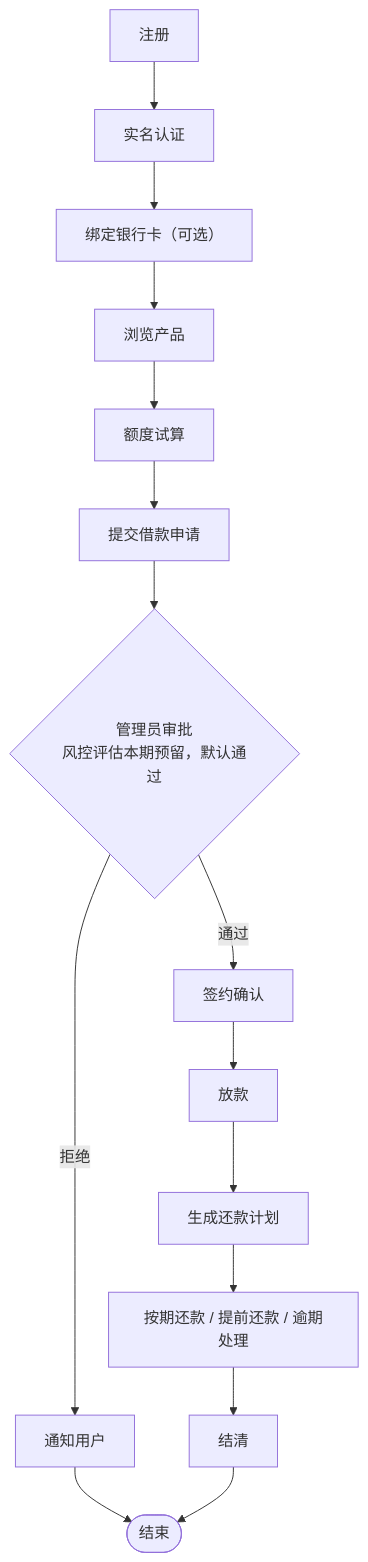
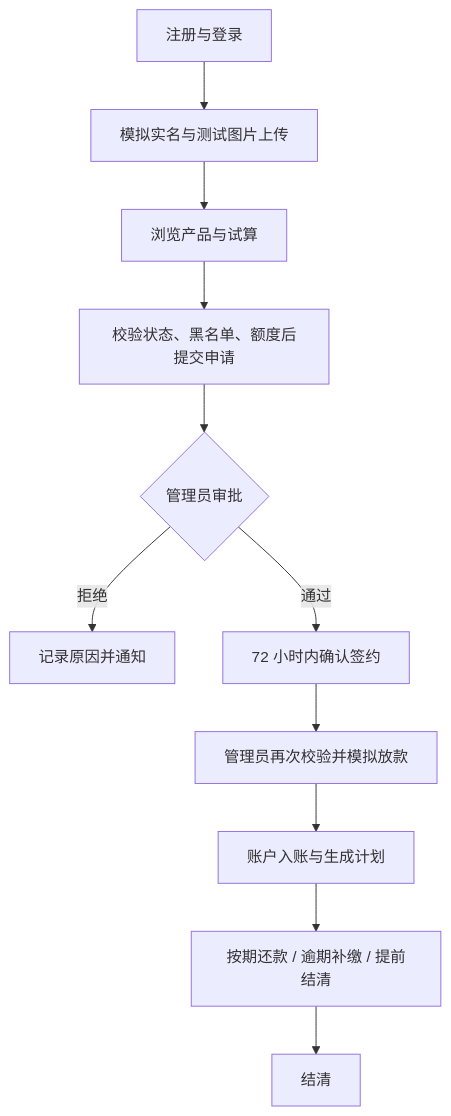
The diagram in 需求分析报告/01-第一部分（总述与外部接口）.md (suwa-ko/FinLend), drawn with Mermaid before and after one commit. The commit also changed other lines of this file and 4 other files, not shown here.

````diff
--- a/需求分析报告/01-第一部分（总述与外部接口）.md
+++ b/需求分析报告/01-第一部分（总述与外部接口）.md
@@ -130,17 +135,13 @@
 ```mermaid
 flowchart TD
-    A["注册"] --> B["实名认证"]
-    B --> C["绑定银行卡（可选）"]
-    C --> D["浏览产品"]
-    D --> E["额度试算"]
-    E --> F["提交借款申请"]
-    F --> G{"管理员审批<br/>风控评估本期预留，默认通过"}
-    G -- "拒绝" --> H["通知用户"]
-    H --> Z(["结束"])
-    G -- "通过" --> I["签约确认"]
-    I --> J["放款"]
-    J --> K["生成还款计划"]
-    K --> L["按期还款 / 提前还款 / 逾期处理"]
-    L --> M["结清"]
-    M --> Z
+    A["注册与登录"] --> B["模拟实名与测试图片上传"]
+    B --> C["浏览产品与试算"]
+    C --> D["校验状态、黑名单、额度后提交申请"]
+    D --> E{"管理员审批"}
+    E -- "拒绝" --> F["记录原因并通知"]
+    E -- "通过" --> G["72 小时内确认签约"]
+    G --> H["管理员再次校验并模拟放款"]
+    H --> I["账户入账与生成计划"]
+    I --> J["按期还款 / 逾期补缴 / 提前结清"]
+    J --> K["结清"]
 ```
````
